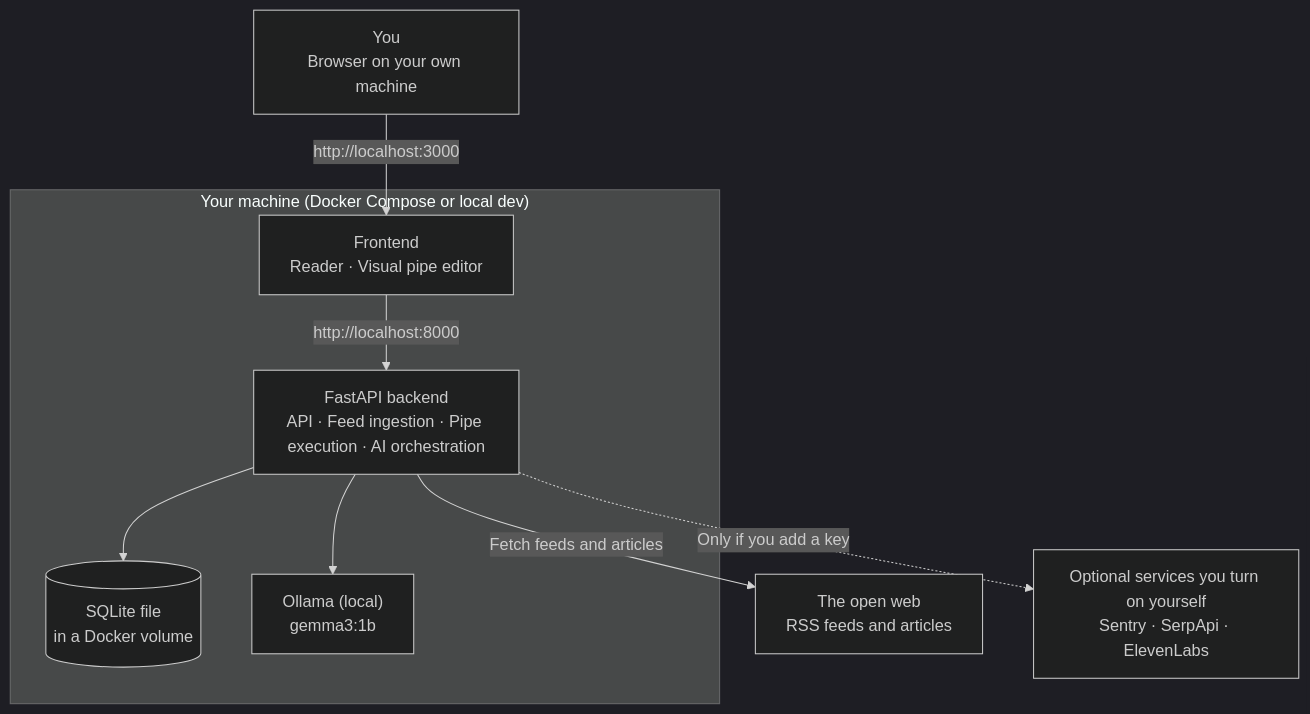
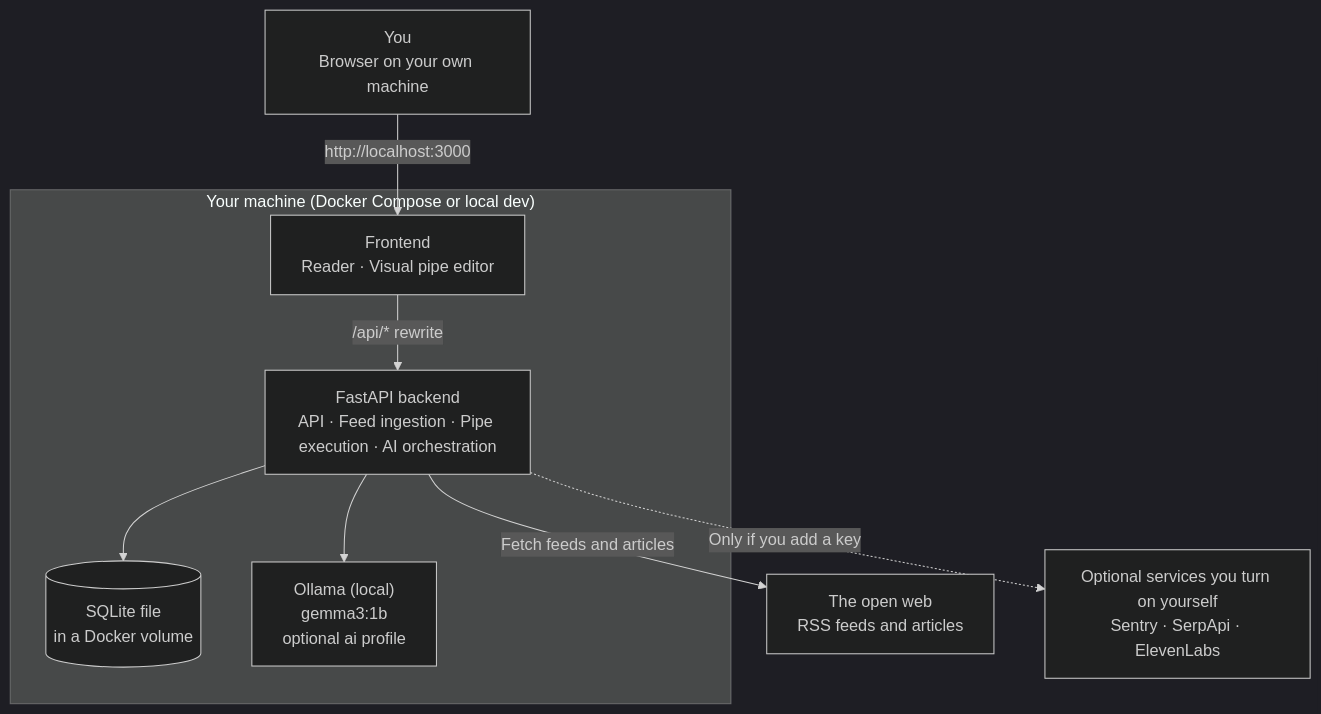
One commit to Ekomjah/tributary changed the third of 4 diagrams in submission.md. Above: the diagram before and after it, drawn with Mermaid (dark theme). The commit also changed other lines of this file, not shown here.

````diff
--- a/submission.md
+++ b/submission.md
@@ -247,21 +264,21 @@
 ```mermaid
 flowchart TD
     U["You<br/>Browser on your own machine"]
 
     subgraph HOST["Your machine (Docker Compose or local dev)"]
         FE["Frontend<br/>Reader · Visual pipe editor"]
         API["FastAPI backend<br/>API · Feed ingestion · Pipe execution · AI orchestration"]
         DB[("SQLite file<br/>in a Docker volume")]
-        OL["Ollama (local)<br/>gemma3:1b"]
+        OL["Ollama (local)<br/>gemma3:1b<br/>optional ai profile"]
     end
 
     FEEDS["The open web<br/>RSS feeds and articles"]
     OPT["Optional services you turn on yourself<br/>Sentry · SerpApi · ElevenLabs"]
 
     U -->|"http://localhost:3000"| FE
-    FE -->|"http://localhost:8000"| API
+    FE -->|"/api/* rewrite"| API
     API --> DB
     API --> OL
     API -->|"Fetch feeds and articles"| FEEDS
     API -. "Only if you add a key" .-> OPT
 ```
````
